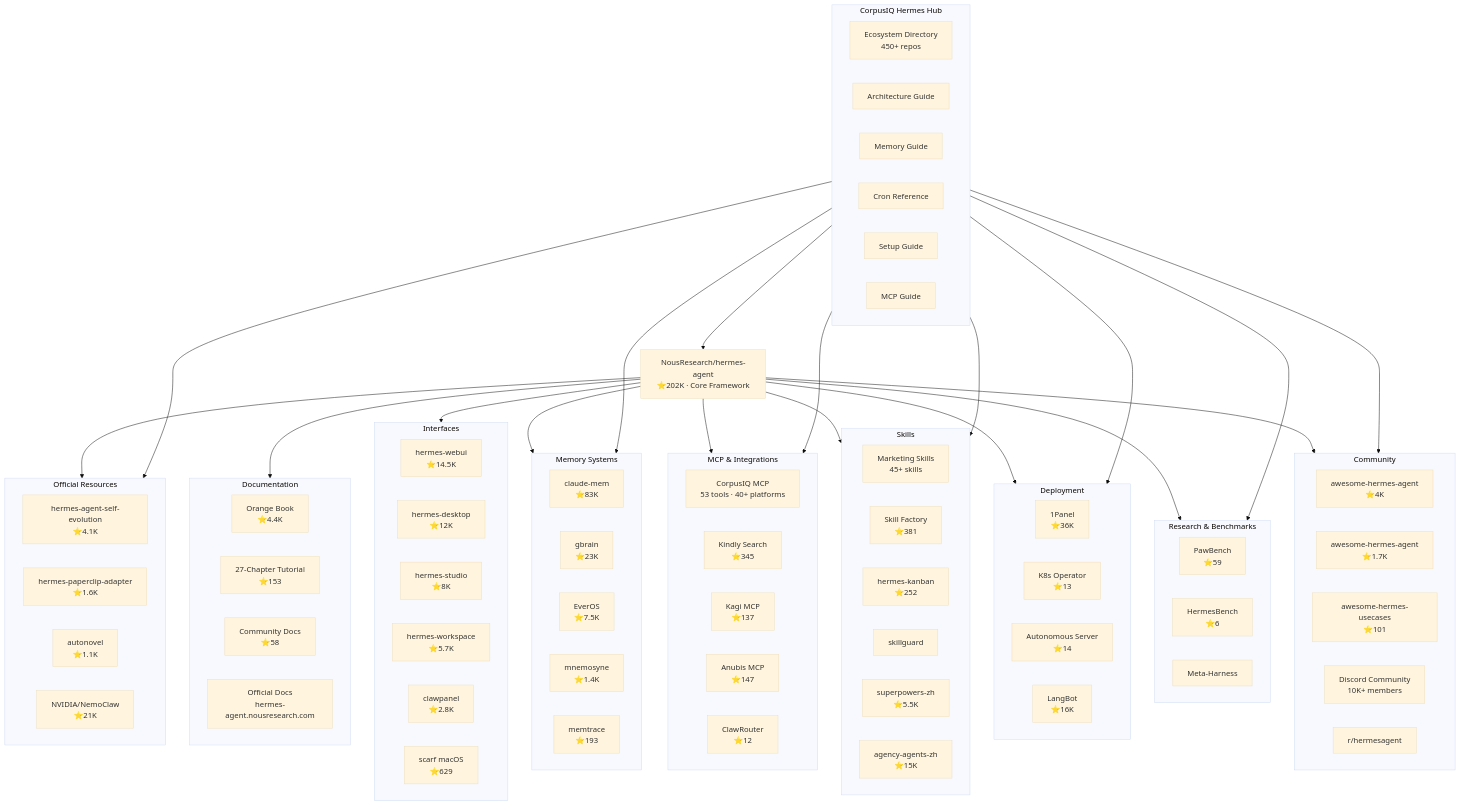
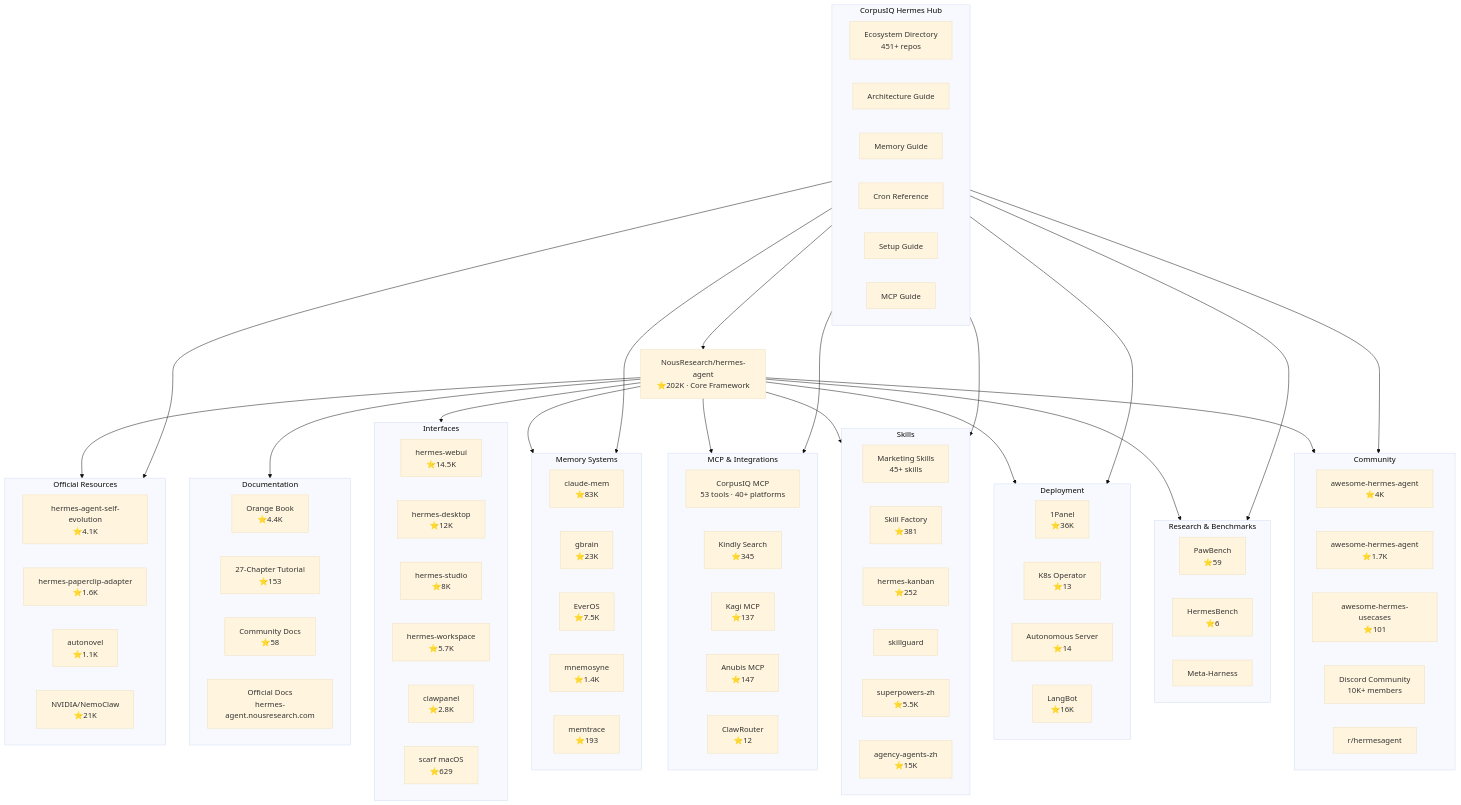
The first of 4 diagrams in hermes/ecosystem-map.md (CorpusIQ/corpusiq-docs), drawn with Mermaid (base theme) before and after one commit. The commit also changed other lines of this file and 36 other files, not shown here.

```diff
--- a/hermes/ecosystem-map.md
+++ b/hermes/ecosystem-map.md
@@ -88,7 +88,7 @@
     end
 
     subgraph CORPUSIQ_HUB[CorpusIQ Hermes Hub]
-        ECOSYSTEM[Ecosystem Directory<br/>450+ repos]
+        ECOSYSTEM[Ecosystem Directory<br/>451+ repos]
         ARCHITECTURE[Architecture Guide]
         KNOWLEDGE[Memory Guide]
         CRONS[Cron Reference]
```
